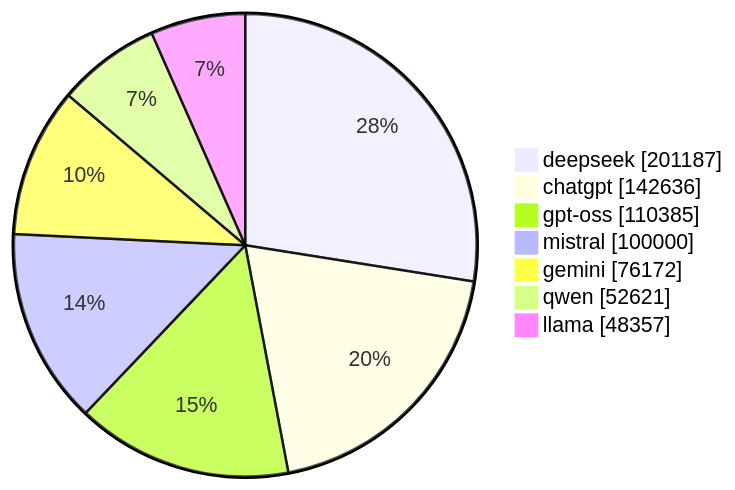
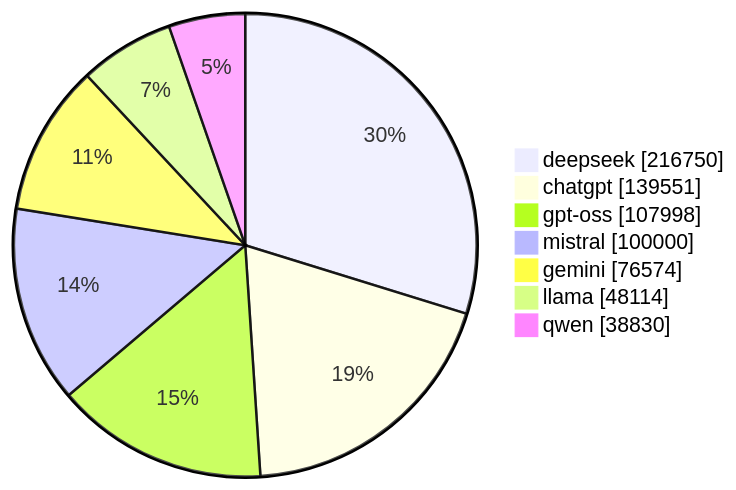
Before and after one commit to gqgs/llm100kbench: the diagram in README.md, drawn with Mermaid. The commit also changed other lines of this file and 17 other files, not shown here.

````diff
--- a/README.md
+++ b/README.md
@@ -50,10 +50,10 @@
 ```mermaid
 pie showData
-    "deepseek" : 201187
-    "chatgpt" : 142636
-    "gpt-oss" : 110385
+    "deepseek" : 216750
+    "chatgpt" : 139551
+    "gpt-oss" : 107998
     "mistral" : 100000
-    "gemini" : 76172
-    "qwen" : 52621
-    "llama" : 48357
+    "gemini" : 76574
+    "llama" : 48114
+    "qwen" : 38830
 ```
````
